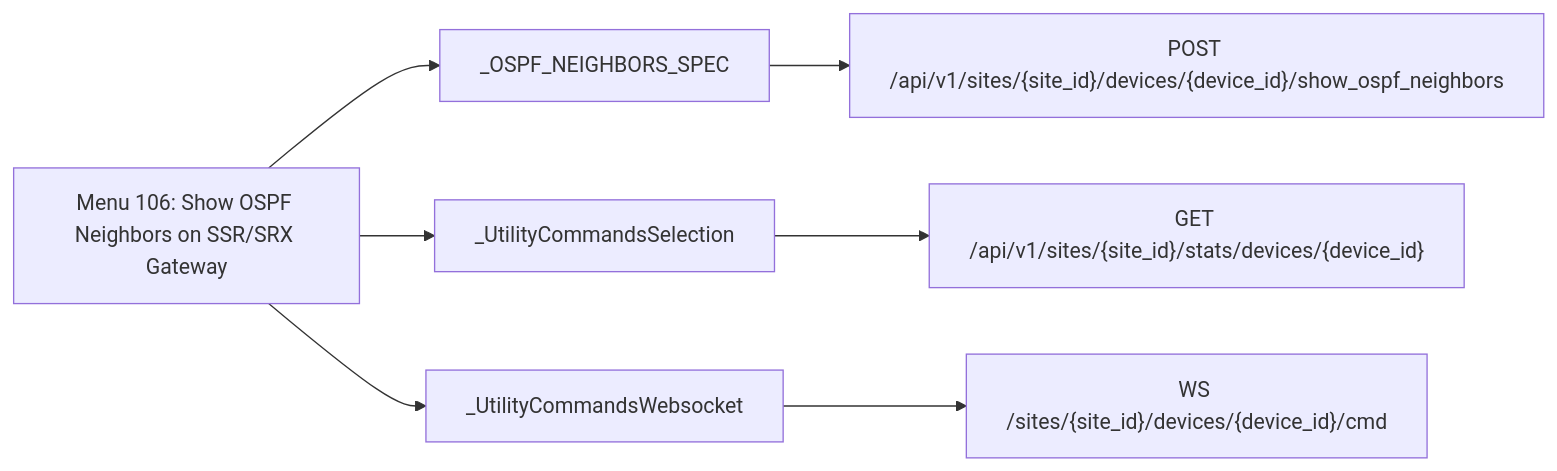
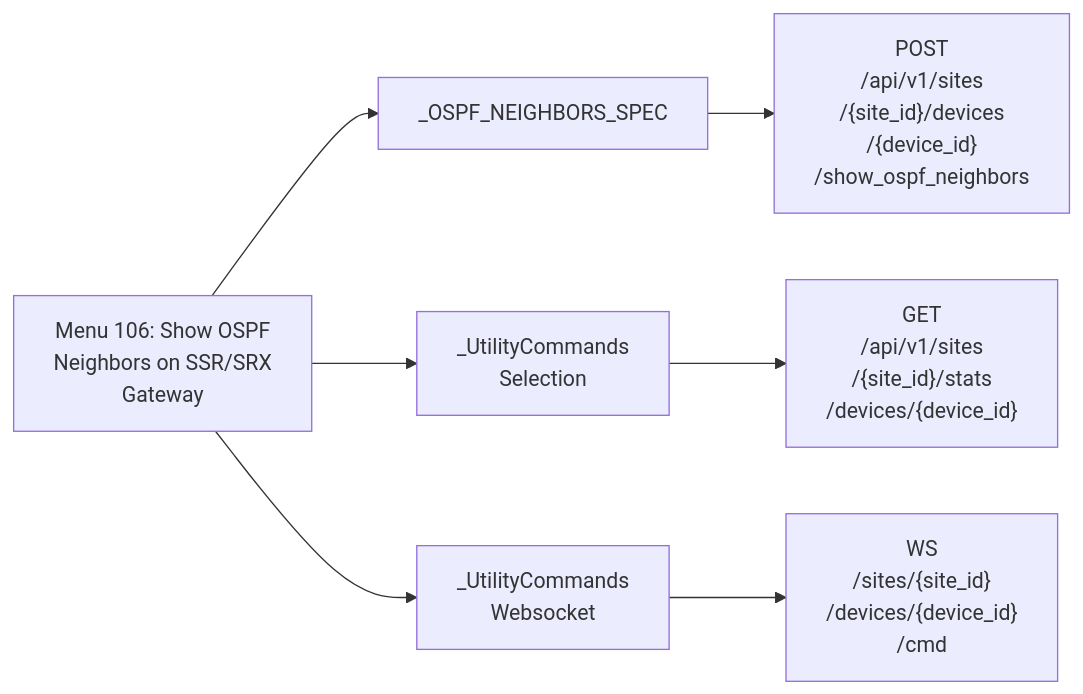
Before and after one commit to jmorrison-juniper/MistHelper: the sixth of 23 diagrams in documentation/menu-api/websocket.md, drawn with Mermaid. The commit also changed other lines of this file and 19 other files, not shown here.

First line of the commit message:
docs(menu-api): fit the Mermaid diagrams to the wiki column

````diff
--- a/documentation/menu-api/websocket.md
+++ b/documentation/menu-api/websocket.md
@@ -225,10 +133,10 @@
 ```mermaid
 flowchart LR
-    menu["Menu 106: Show OSPF Neighbors on SSR/SRX Gateway"]
+    menu["Menu 106: Show OSPF<br/>Neighbors on SSR/SRX<br/>Gateway"]
     menu --> c1["_OSPF_NEIGHBORS_SPEC"]
-    c1 --> e1["POST /api/v1/sites/{site_id}/devices/{device_id}/show_ospf_neighbors"]
-    menu --> c2["_UtilityCommandsSelection"]
-    c2 --> e2["GET /api/v1/sites/{site_id}/stats/devices/{device_id}"]
-    menu --> c3["_UtilityCommandsWebsocket"]
-    c3 --> e3["WS /sites/{site_id}/devices/{device_id}/cmd"]
+    c1 --> e1["POST<br/>/api/v1/sites<br/>/{site_id}/devices<br/>/{device_id}<br/>/show_ospf_neighbors"]
+    menu --> c2["_UtilityCommands<br/>Selection"]
+    c2 --> e2["GET<br/>/api/v1/sites<br/>/{site_id}/stats<br/>/devices/{device_id}"]
+    menu --> c3["_UtilityCommands<br/>Websocket"]
+    c3 --> e3["WS<br/>/sites/{site_id}<br/>/devices/{device_id}<br/>/cmd"]
 ```
````
